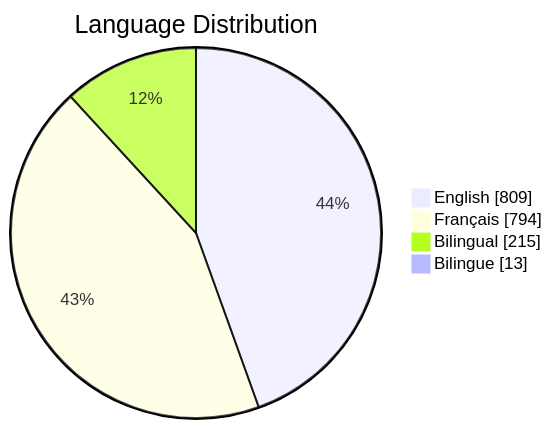
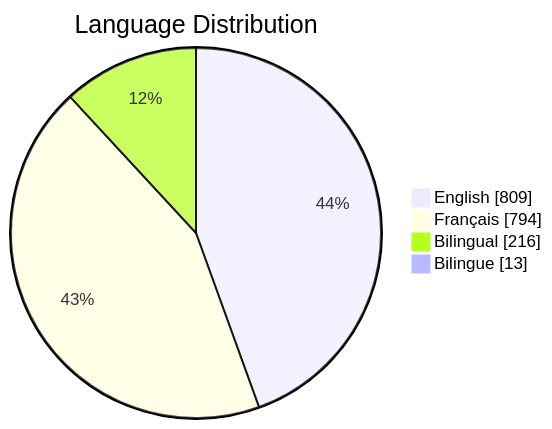
Before and after one commit to PatLittle/GC-Socials: the third of 6 diagrams in README.md, drawn with Mermaid. The commit also changed other lines of this file, not shown here.

Commit message:
Update README with Platform Distribution pie chart

````diff
--- a/README.md
+++ b/README.md
@@ -65,7 +65,7 @@
 ```mermaid
 pie showData title Language Distribution
     "English": 809
     "Français": 794
-    "Bilingual": 215
+    "Bilingual": 216
     "Bilingue": 13
 ```
````
